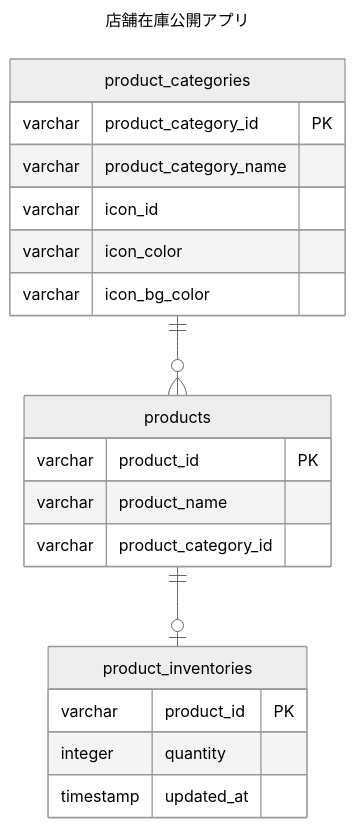
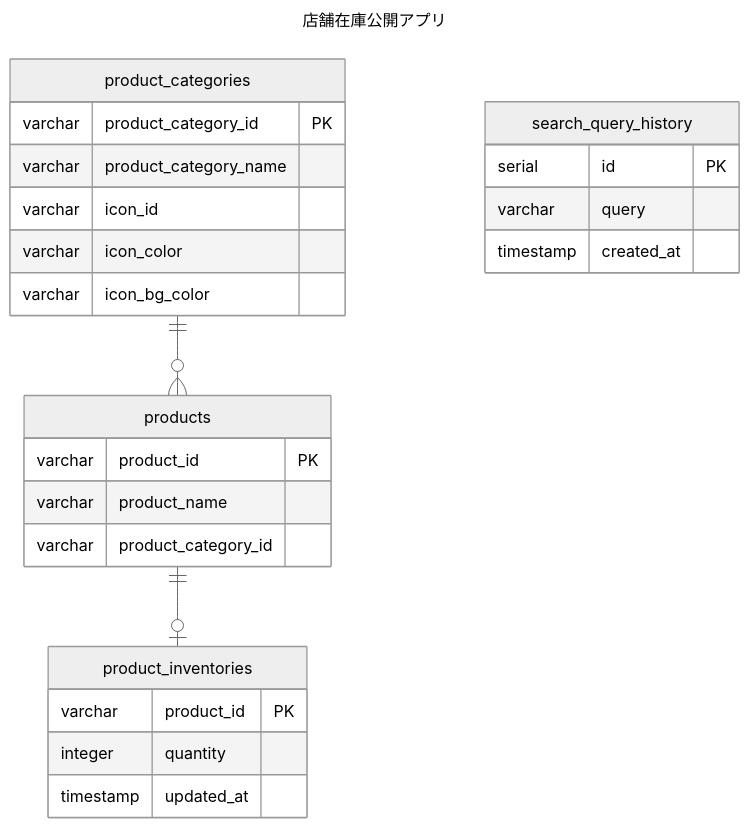
Before and after one commit to kawarabasami/store-inventory-disclosure-poc: the diagram in docs/database/テーブル設計.md, drawn with Mermaid (neutral theme). The commit also changed 1 other file, not shown here.

Commit message:
検索クエリ履歴テーブル追加

````diff
--- a/docs/database/テーブル設計.md
+++ b/docs/database/テーブル設計.md
@@ -7,30 +7,36 @@
 ```mermaid
 ---
 title: 店舗在庫公開アプリ
 ---
 erDiagram
 
   product_categories ||--o{ products :""
   products ||--o| product_inventories :""
   product_inventories
 
   product_categories {
     varchar product_category_id PK
     varchar product_category_name
     varchar icon_id
     varchar icon_color
     varchar icon_bg_color
   }
 
   products {
     varchar product_id PK
     varchar product_name
     varchar product_category_id
   }
 
   product_inventories {
     varchar product_id PK
     integer quantity
     timestamp updated_at
   }
+
+  search_query_history {
+    serial id PK
+    varchar query
+    timestamp created_at
+  }
 ```
````
